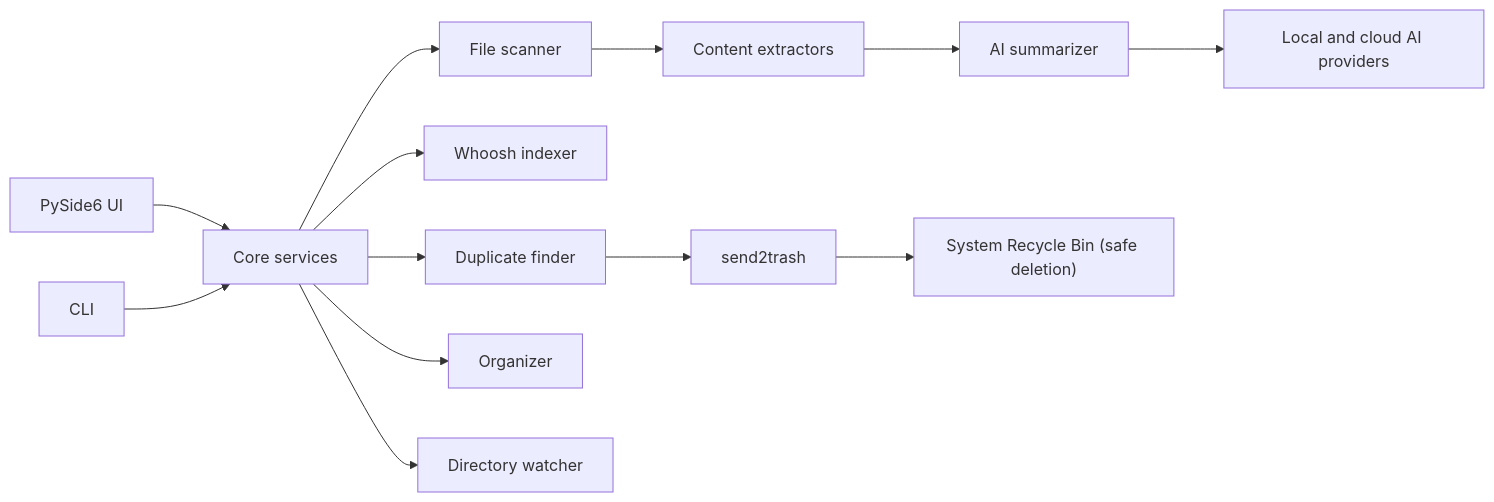
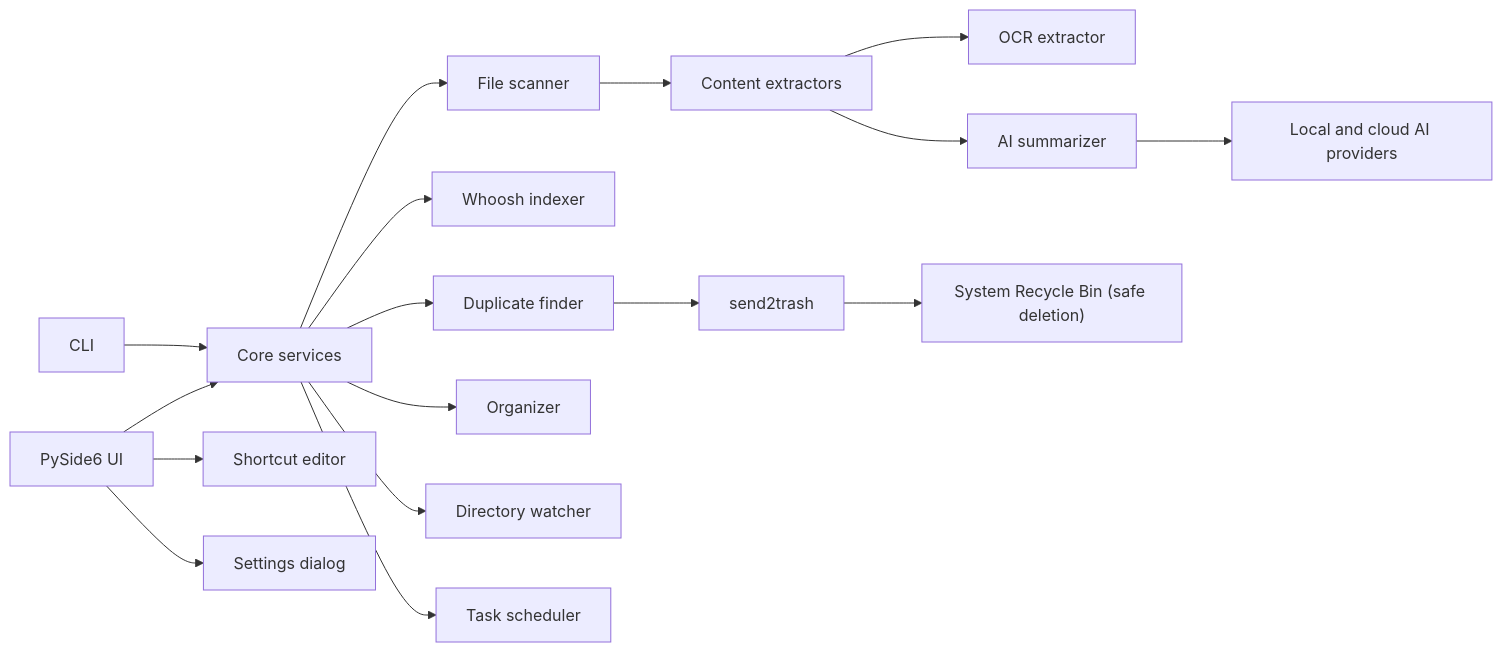
One commit to cuiheng511/filepilot-ai changed the diagram in README.md. Above: the diagram before and after it, drawn with Mermaid. The commit also changed other lines of this file and 29 other files, not shown here.

First line of the commit message:
feat: version 0.5.0 with OCR, scheduled tasks, regex rename, favorites, shortcut editor, and UI consolidation

````diff
--- a/README.md
+++ b/README.md
@@ -217,15 +228,19 @@
 ```mermaid
 flowchart LR
     UI["PySide6 UI"] --> Core["Core services"]
     CLI["CLI"] --> Core
     Core --> Scanner["File scanner"]
     Core --> Indexer["Whoosh indexer"]
     Core --> Duplicates["Duplicate finder"]
     Core --> Organizer["Organizer"]
     Core --> Watcher["Directory watcher"]
+    Core --> Scheduler["Task scheduler"]
     Scanner --> Extractors["Content extractors"]
+    Extractors --> OCR["OCR extractor"]
     Extractors --> Summarizer["AI summarizer"]
     Summarizer --> Providers["Local and cloud AI providers"]
     Duplicates --> send2trash["send2trash"]
     send2trash --> RecycleBin["System Recycle Bin (safe deletion)"]
+    UI --> Shortcuts["Shortcut editor"]
+    UI --> Settings["Settings dialog"]
 ```
````
